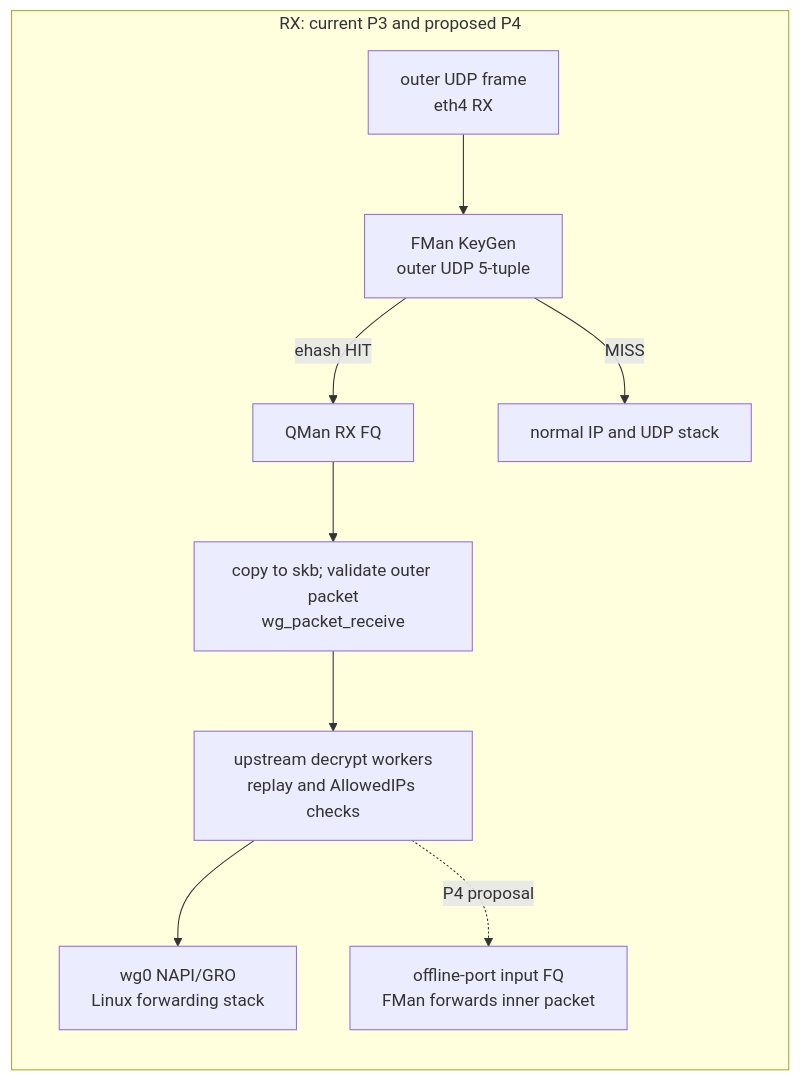
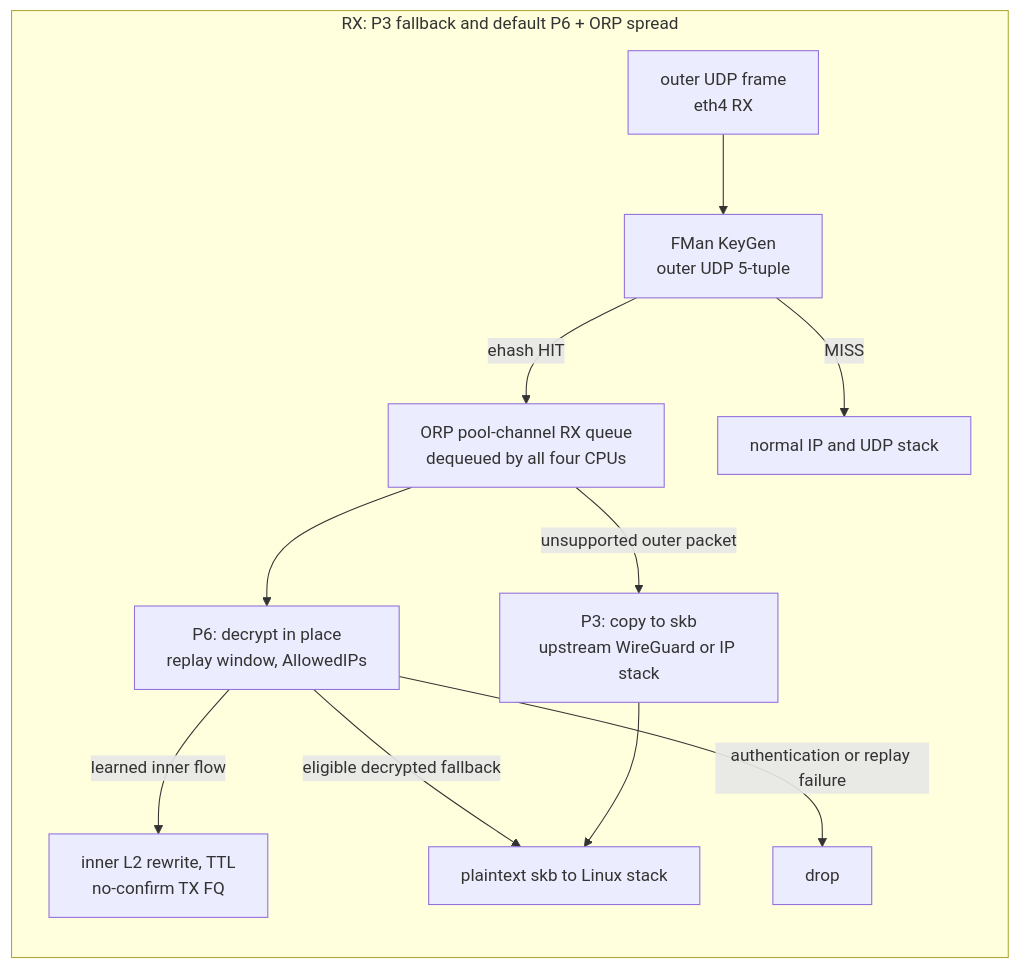
One commit to mihakralj/vyos-ls1046a-build changed the fourth of 4 diagrams in plans/ASK2-WIREGUARD-FASTPATH-PLAN.md. Above: the diagram before and after it, drawn with Mermaid. The commit also changed other lines of this file and 61 other files, not shown here.

````diff
--- a/plans/ASK2-WIREGUARD-FASTPATH-PLAN.md
+++ b/plans/ASK2-WIREGUARD-FASTPATH-PLAN.md
@@ -129,12 +273,14 @@
 ```mermaid
 flowchart LR
-    subgraph RX["RX: current P3 and proposed P4"]
+    subgraph RX["RX: P3 fallback and default P6 + ORP spread"]
         A2["outer UDP frame<br/>eth4 RX"] --> B2["FMan KeyGen<br/>outer UDP 5-tuple"]
-        B2 -->|"ehash HIT"| C2["QMan RX FQ"]
+        B2 -->|"ehash HIT"| C2["ORP pool-channel RX queue<br/>dequeued by all four CPUs"]
         B2 -->|"MISS"| S2["normal IP and UDP stack"]
-        C2 --> D2["copy to skb; validate outer packet<br/>wg_packet_receive"]
-        D2 --> E2["upstream decrypt workers<br/>replay and AllowedIPs checks"]
-        E2 --> G2["wg0 NAPI/GRO<br/>Linux forwarding stack"]
-        E2 -. "P4 proposal" .-> F2["offline-port input FQ<br/>FMan forwards inner packet"]
+        C2 --> D2["P6: decrypt in place<br/>replay window, AllowedIPs"]
+        D2 -->|"learned inner flow"| G2["inner L2 rewrite, TTL<br/>no-confirm TX FQ"]
+        C2 -->|"unsupported outer packet"| E2["P3: copy to skb<br/>upstream WireGuard or IP stack"]
+        D2 -->|"eligible decrypted fallback"| H2["plaintext skb to Linux stack"]
+        D2 -->|"authentication or replay failure"| J2["drop"]
+        E2 --> H2
     end
 ```
````
